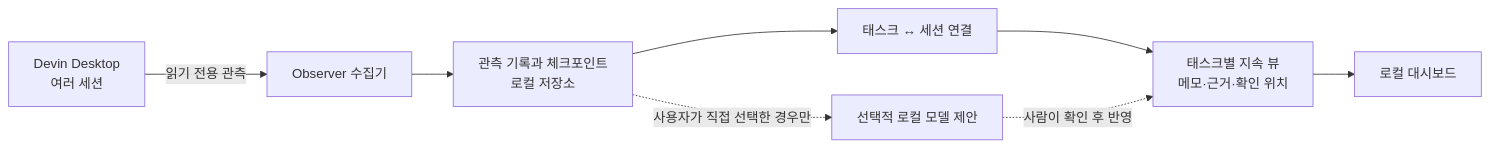
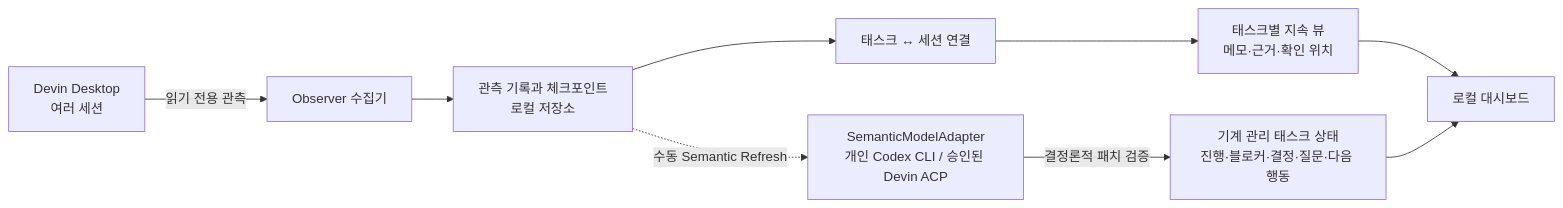
Before and after one commit to neocjmix/devin-task-observer: the diagram in docs/PROJECT_EXPLAINED_KO.md, drawn with Mermaid. The commit also changed other lines of this file and 22 other files, not shown here.

Commit message:
Implement M2 semantic task tracking with Codex CLI and Devin ACP

````diff
--- a/docs/PROJECT_EXPLAINED_KO.md
+++ b/docs/PROJECT_EXPLAINED_KO.md
@@ -82,10 +82,11 @@
 ```mermaid
 flowchart LR
     A["Devin Desktop<br/>여러 세션"] -->|읽기 전용 관측| B["Observer 수집기"]
     B --> C["관측 기록과 체크포인트<br/>로컬 저장소"]
     C --> D["태스크 ↔ 세션 연결"]
     D --> E["태스크별 지속 뷰<br/>메모·근거·확인 위치"]
     E --> F["로컬 대시보드"]
-    C -. "사용자가 직접 선택한 경우만" .-> G["선택적 로컬 모델 제안"]
-    G -. "사람이 확인 후 반영" .-> E
+    C -. "수동 Semantic Refresh" .-> G["SemanticModelAdapter<br/>개인 Codex CLI / 승인된 Devin ACP"]
+    G -->|결정론적 패치 검증| H["기계 관리 태스크 상태<br/>진행·블로커·결정·질문·다음 행동"]
+    H --> F
 ```
````
